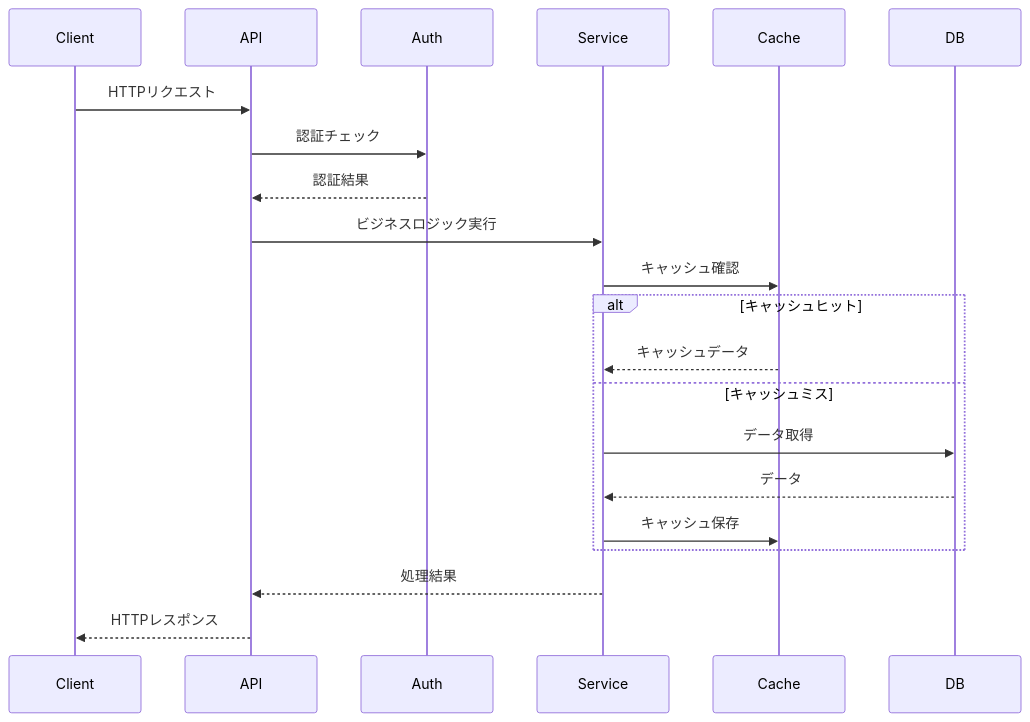
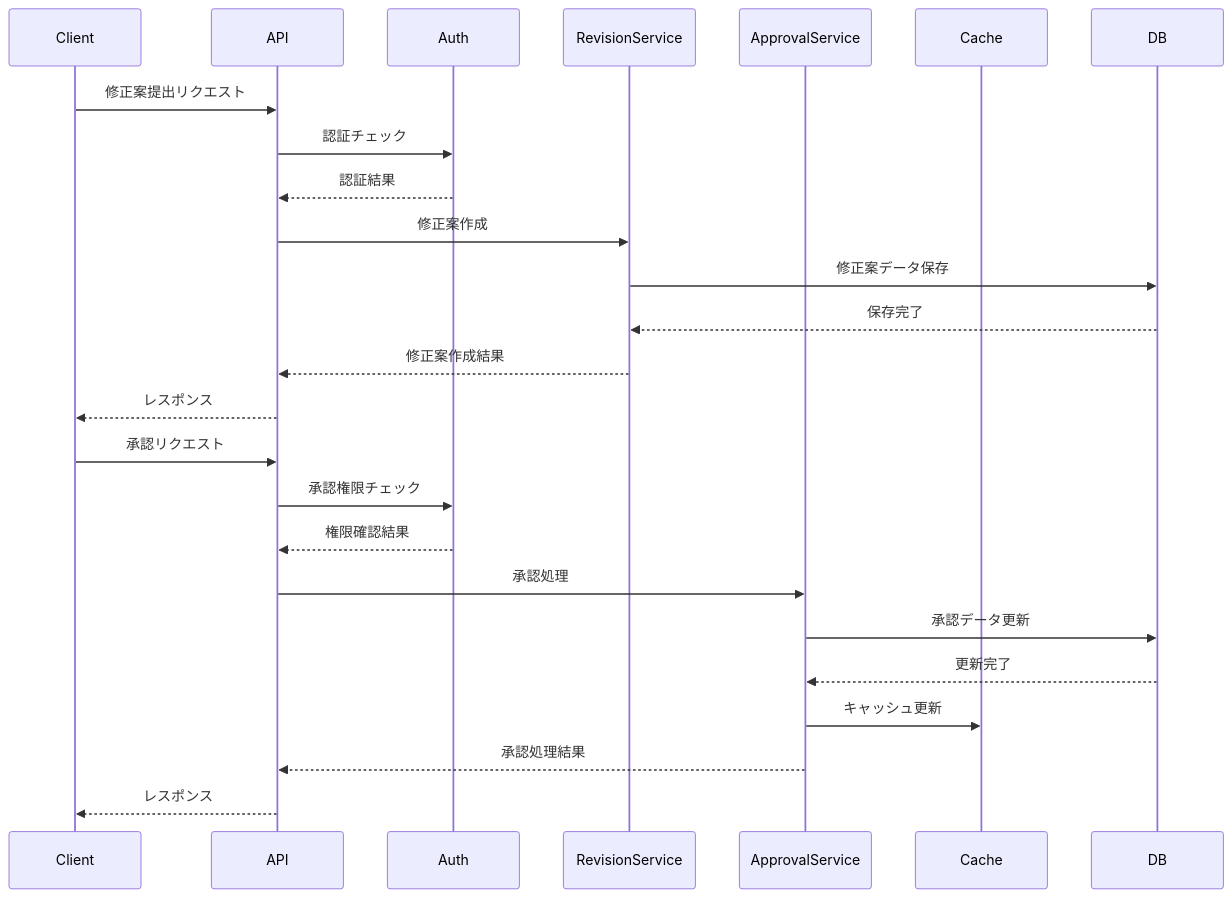
Before and after one commit to ekrsw/claude_code_dev: the second of 2 diagrams in .tmp/design.md, drawn with Mermaid. The commit also changed other lines of this file, not shown here.

````diff
--- a/.tmp/design.md
+++ b/.tmp/design.md
@@ -179,24 +226,29 @@
 ```mermaid
 sequenceDiagram
     participant Client
     participant API
     participant Auth
-    participant Service
+    participant RevisionService
+    participant ApprovalService
     participant Cache
     participant DB
 
-    Client->>API: HTTPリクエスト
+    Client->>API: 修正案提出リクエスト
     API->>Auth: 認証チェック
     Auth-->>API: 認証結果
-    API->>Service: ビジネスロジック実行
-    Service->>Cache: キャッシュ確認
-    alt キャッシュヒット
-        Cache-->>Service: キャッシュデータ
-    else キャッシュミス
-        Service->>DB: データ取得
-        DB-->>Service: データ
-        Service->>Cache: キャッシュ保存
-    end
-    Service-->>API: 処理結果
-    API-->>Client: HTTPレスポンス
+    API->>RevisionService: 修正案作成
+    RevisionService->>DB: 修正案データ保存
+    DB-->>RevisionService: 保存完了
+    RevisionService-->>API: 修正案作成結果
+    API-->>Client: レスポンス
+
+    Client->>API: 承認リクエスト
+    API->>Auth: 承認権限チェック
+    Auth-->>API: 権限確認結果
+    API->>ApprovalService: 承認処理
+    ApprovalService->>DB: 承認データ更新
+    DB-->>ApprovalService: 更新完了
+    ApprovalService->>Cache: キャッシュ更新
+    ApprovalService-->>API: 承認処理結果
+    API-->>Client: レスポンス
 ```
````
